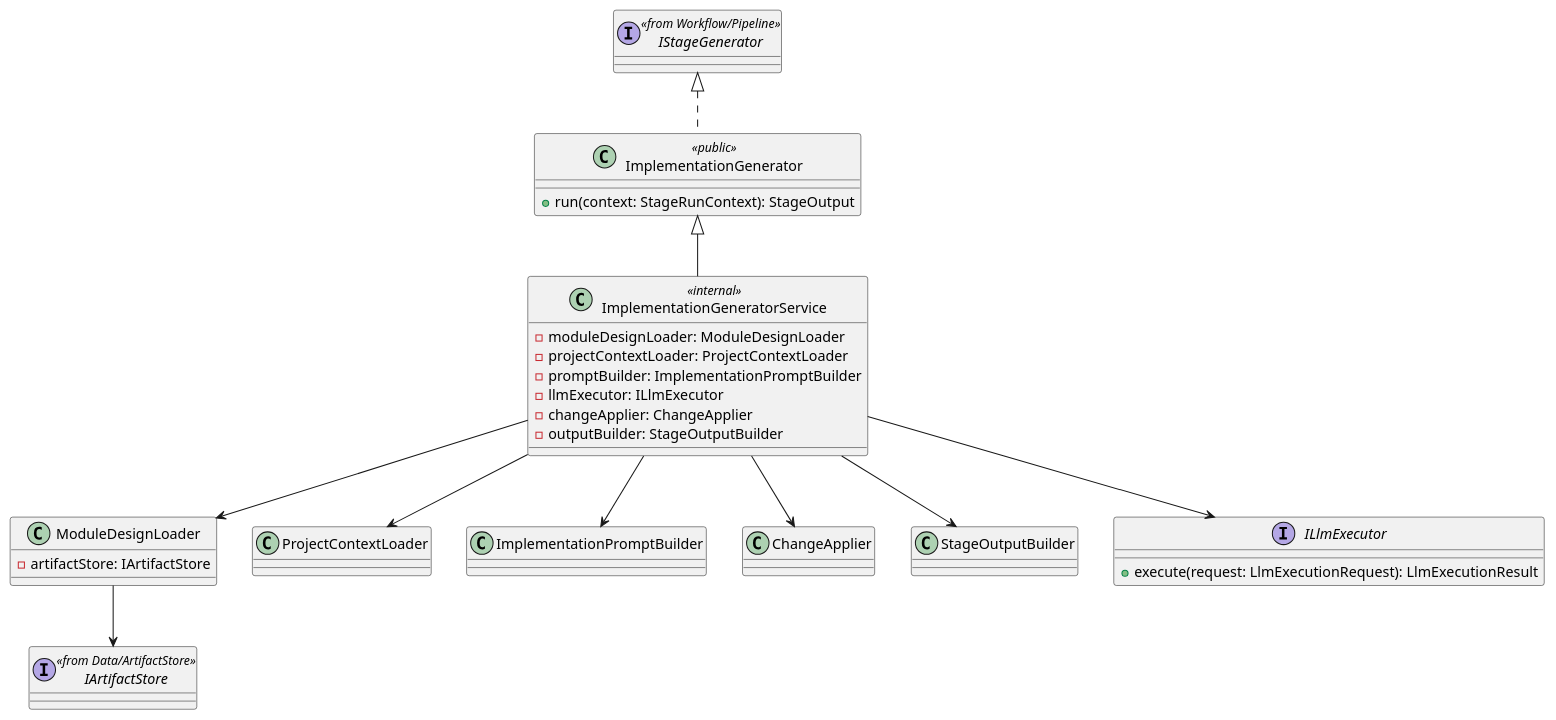
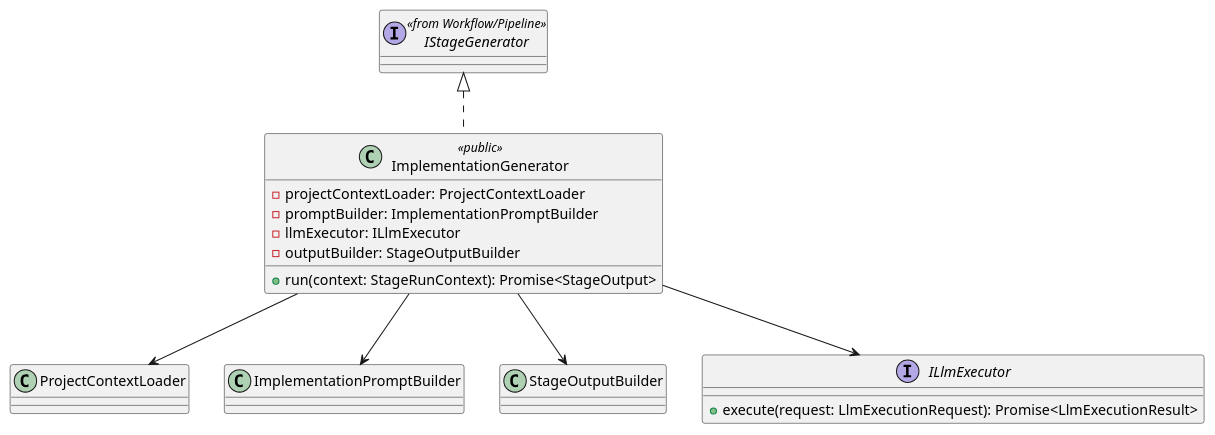
One commit to lucky-chen/ai_workflow_travel changed the first of 2 diagrams in meta_layer/docs/design_docs/Execution/ImplementationGenerator.md. Above: the diagram before and after it, drawn with PlantUML. The commit also changed other lines of this file and 12 other files, not shown here.

First line of the commit message:
[AI] gpt-5.4: align stage pipeline document io flow

````diff
--- a/meta_layer/docs/design_docs/Execution/ImplementationGenerator.md
+++ b/meta_layer/docs/design_docs/Execution/ImplementationGenerator.md
@@ -37,43 +38,27 @@
 ```plantuml
 @startuml
 interface IStageGenerator <<from Workflow/Pipeline>>
 
 class ImplementationGenerator <<public>> {
-  +run(context: StageRunContext): StageOutput
-}
-
-class ImplementationGeneratorService <<internal>> {
-  -moduleDesignLoader: ModuleDesignLoader
+  +run(context: StageRunContext): Promise<StageOutput>
   -projectContextLoader: ProjectContextLoader
   -promptBuilder: ImplementationPromptBuilder
   -llmExecutor: ILlmExecutor
-  -changeApplier: ChangeApplier
   -outputBuilder: StageOutputBuilder
-}
-
-class ModuleDesignLoader {
-  -artifactStore: IArtifactStore
 }
 
 class ProjectContextLoader
 class ImplementationPromptBuilder
-class ChangeApplier
 class StageOutputBuilder
 
 interface ILlmExecutor {
-  +execute(request: LlmExecutionRequest): LlmExecutionResult
+  +execute(request: LlmExecutionRequest): Promise<LlmExecutionResult>
 }
 
-interface IArtifactStore <<from Data/ArtifactStore>>
-
 IStageGenerator <|.. ImplementationGenerator
-ImplementationGenerator <|-- ImplementationGeneratorService
-ImplementationGeneratorService --> ModuleDesignLoader
-ImplementationGeneratorService --> ProjectContextLoader
-ImplementationGeneratorService --> ImplementationPromptBuilder
-ImplementationGeneratorService --> ILlmExecutor
-ImplementationGeneratorService --> ChangeApplier
-ImplementationGeneratorService --> StageOutputBuilder
-ModuleDesignLoader --> IArtifactStore
+ImplementationGenerator --> ProjectContextLoader
+ImplementationGenerator --> ImplementationPromptBuilder
+ImplementationGenerator --> ILlmExecutor
+ImplementationGenerator --> StageOutputBuilder
 @enduml
 ```
````
